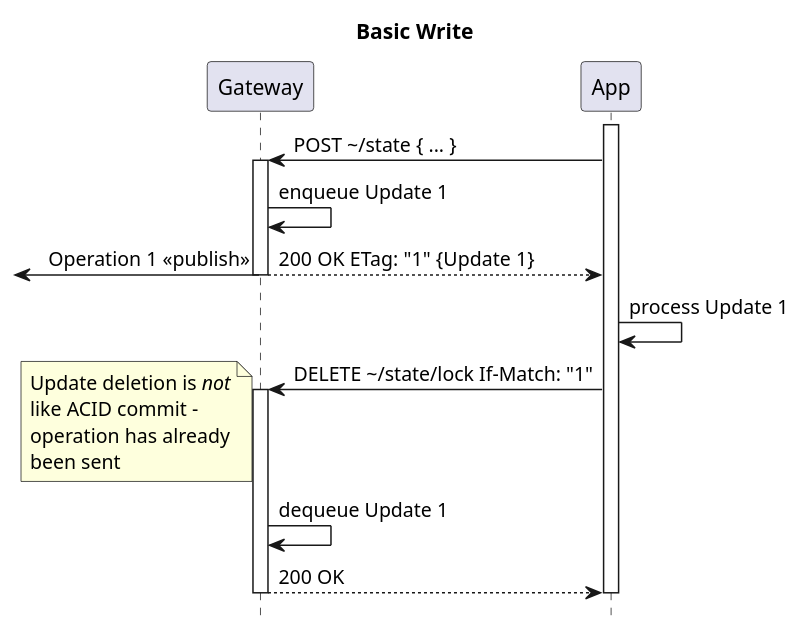
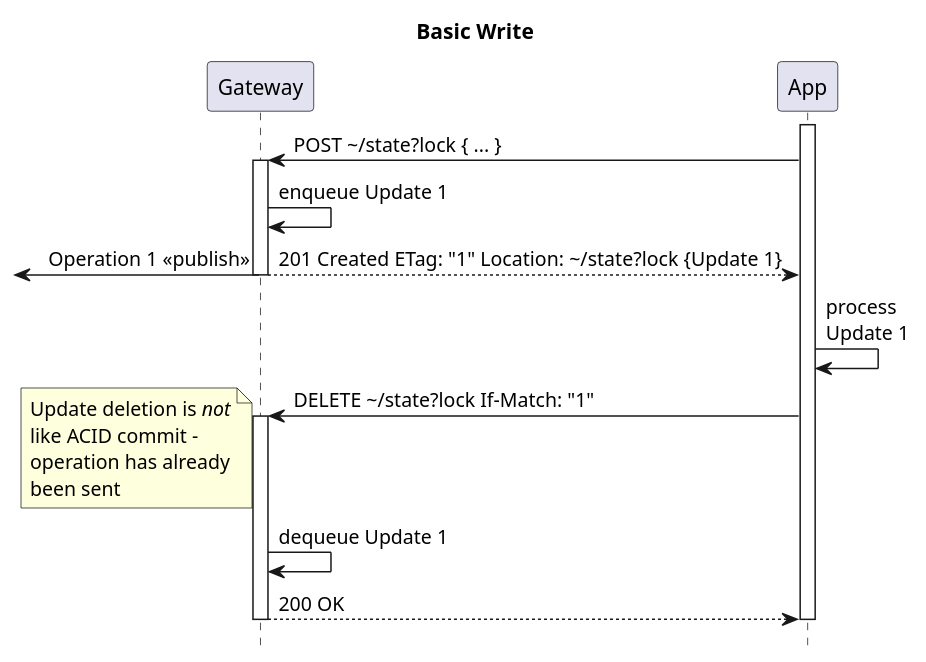
Before and after one commit to m-ld/m-ld-gateway: the diagram in architecture/api/http/1-basic-write.seq.puml, drawn with PlantUML. The commit also changed 30 other files, not shown here.

```diff
--- a/architecture/api/http/1-basic-write.seq.puml
+++ b/architecture/api/http/1-basic-write.seq.puml
@@ -1,29 +1,29 @@
 @startuml
 'https://plantuml.com/sequence-diagram
 !pragma teoz true
 hide footbox
 
 title: Basic Write
 
 participant Gateway as gw
 participant "App" as app
 
 activate app
-app -> gw ++: POST \~/state { ... }
+app -> gw ++: POST \~/state?lock { ... }
 gw -> gw: enqueue Update 1
 'Note that other operations on the domain can happen independently
-return 200 OK ETag: "1" {Update 1}
+return 201 Created ETag: "1" Location: \~/state?lock {Update 1}
 & <- gw: Operation 1 <<publish>>
-app -> app: process Update 1
-app -> gw ++: DELETE \~/state/lock If-Match: "1"
+app -> app: process\nUpdate 1
+app -> gw ++: DELETE \~/state?lock If-Match: "1"
 note left
 Update deletion is //not//
 like ACID commit –
 operation has already
 been sent
 end note
 gw -> gw: dequeue Update 1
 return 200 OK
 deactivate app
 
 @enduml
```
